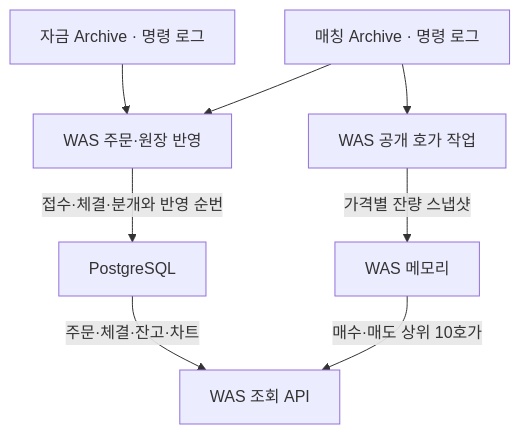
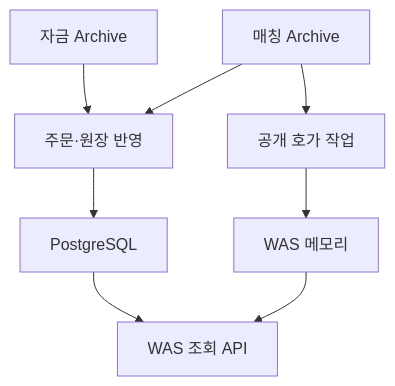
The fourth of 7 diagrams in README.md (0Chord/coin-exchange), drawn with Mermaid before and after one commit. The commit also changed other lines of this file, not shown here.

````diff
--- a/README.md
+++ b/README.md
@@ -55,10 +134,10 @@
 ```mermaid
 flowchart TB
-    fundsArchive["자금 Archive · 명령 로그"] --> projection["WAS 주문·원장 반영"]
-    matchingArchive["매칭 Archive · 명령 로그"] --> projection
-    matchingArchive --> bookWorker["WAS 공개 호가 작업"]
-    projection -->|"접수·체결·분개와 반영 순번"| db["PostgreSQL"]
-    bookWorker -->|"가격별 잔량 스냅샷"| memory["WAS 메모리"]
-    db -->|"주문·체결·잔고·차트"| query["WAS 조회 API"]
-    memory -->|"매수·매도 상위 10호가"| query
+    fundsArchive["자금 Archive"] --> projection["주문·원장 반영"]
+    matchingArchive["매칭 Archive"] --> projection
+    matchingArchive --> bookWorker["공개 호가 작업"]
+    projection --> db["PostgreSQL"]
+    bookWorker --> memory["WAS 메모리"]
+    db --> query["WAS 조회 API"]
+    memory --> query
 ```
````
